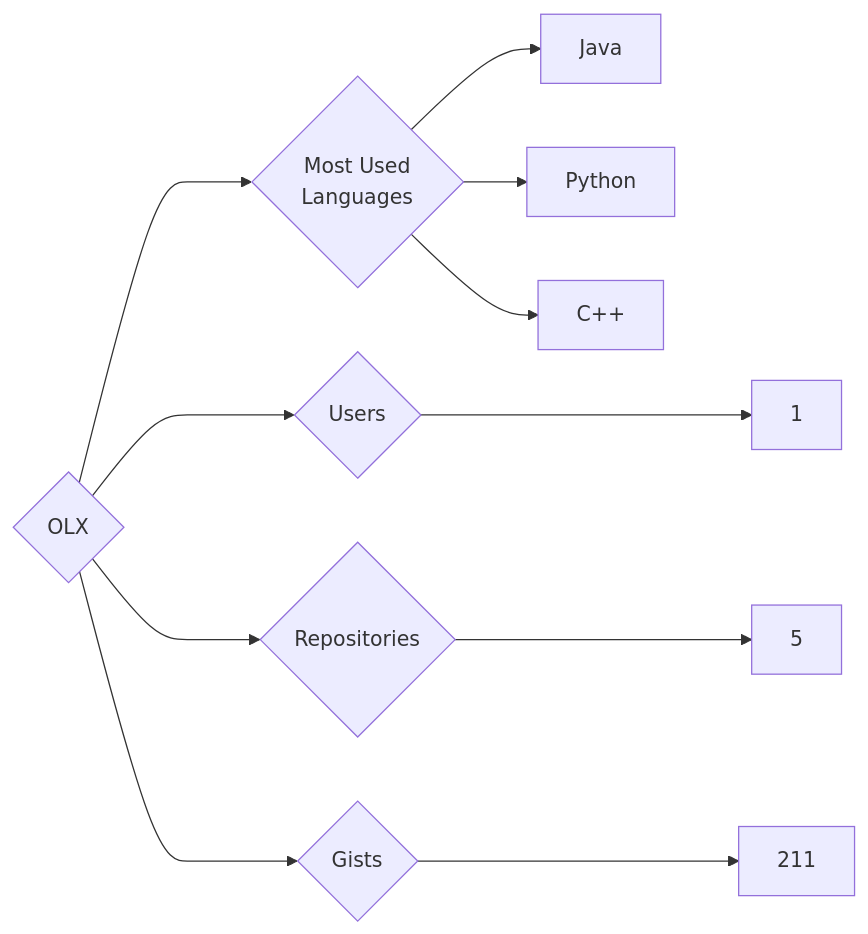
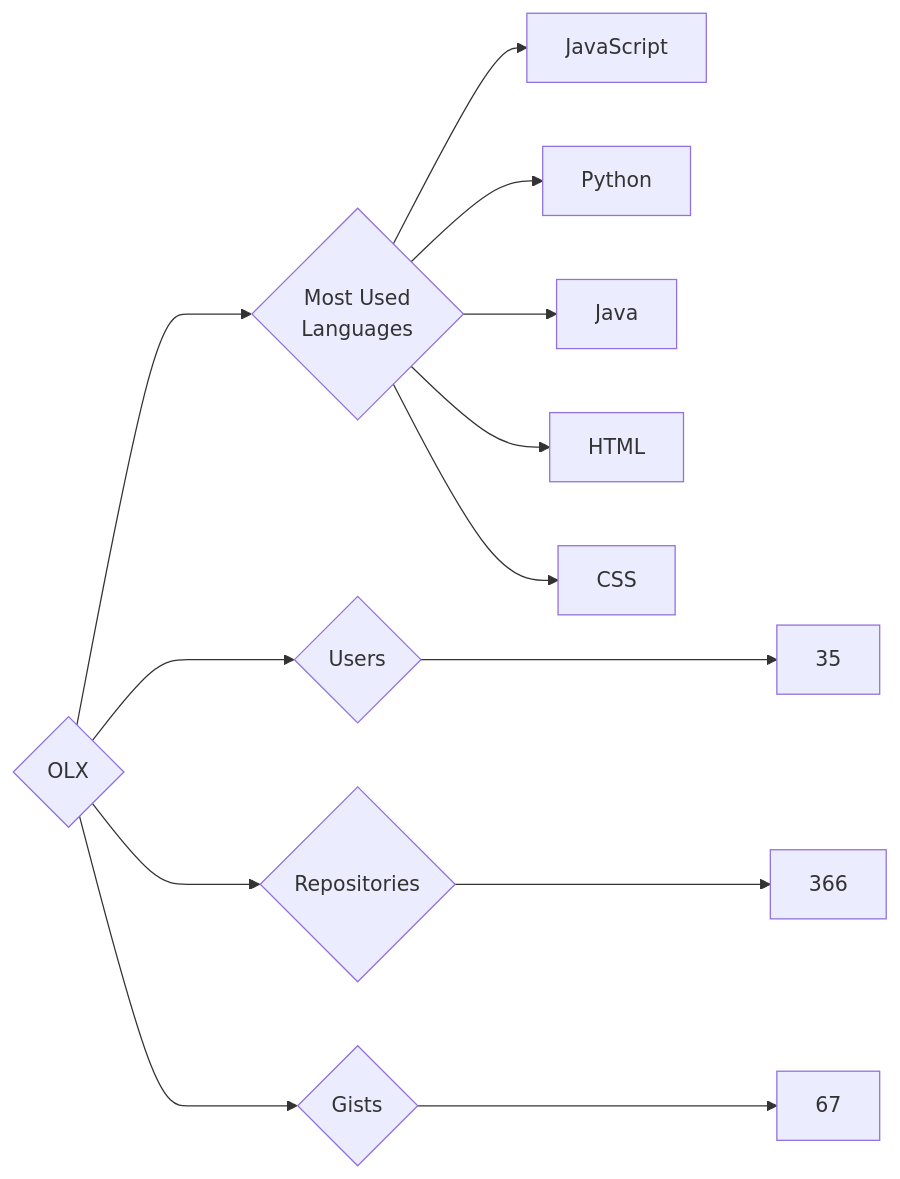
Before and after one commit to trickest/insiders: the diagram in targets/OLX/README.md, drawn with Mermaid. The commit also changed 920 other files, not shown here.

````diff
--- a/targets/OLX/README.md
+++ b/targets/OLX/README.md
@@ -3,11 +3,13 @@
 ```mermaid
 graph LR
 COMPANY_NAME{OLX}
-COMPANY_NAME ---> U{Users} ---> UN[1]
-COMPANY_NAME ---> R{Repositories} ---> RN[5]
-COMPANY_NAME ---> G{Gists} ---> GN[211]
+COMPANY_NAME ---> U{Users} ---> UN[35]
+COMPANY_NAME ---> R{Repositories} ---> RN[366]
+COMPANY_NAME ---> G{Gists} ---> GN[67]
 COMPANY_NAME ---> ML{Most Used<br>Languages}
+ML --> JavaScript[JavaScript]
+ML --> Python[Python]
 ML --> Java[Java]
-ML --> Python[Python]
-ML --> C++[C++]
+ML --> HTML[HTML]
+ML --> CSS[CSS]
 ```
````
